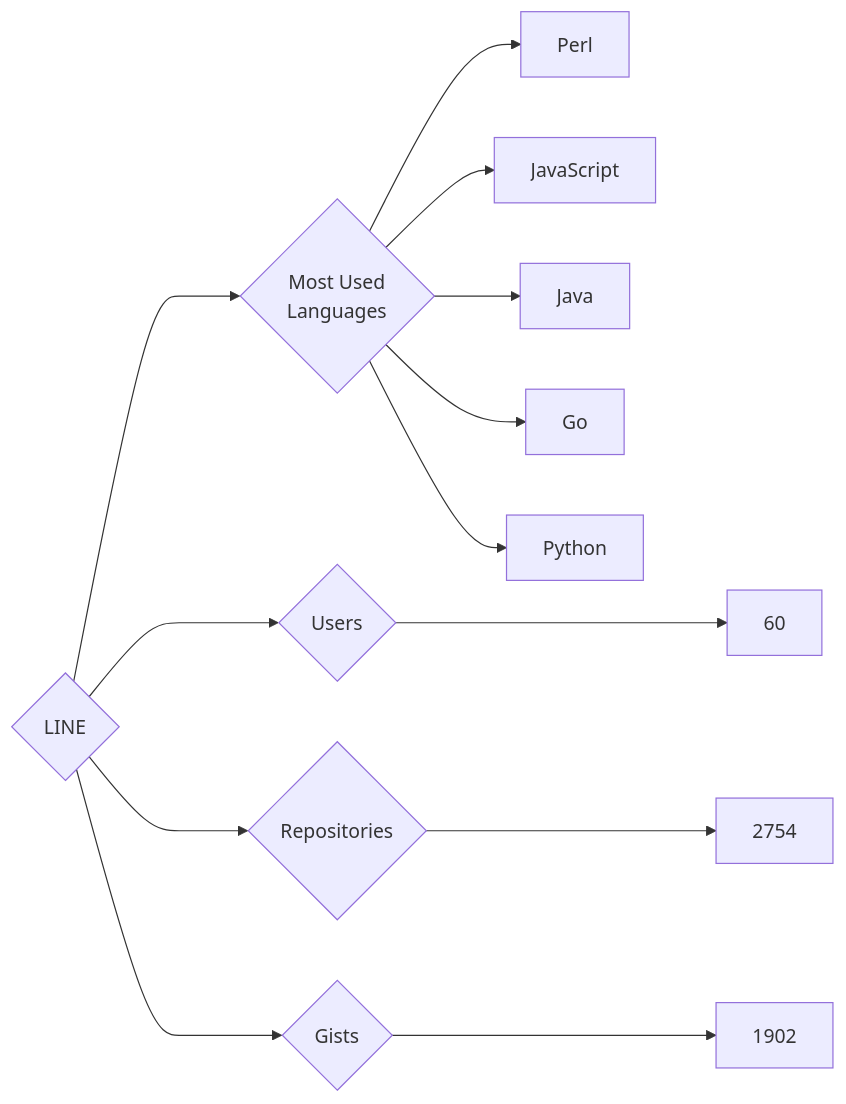
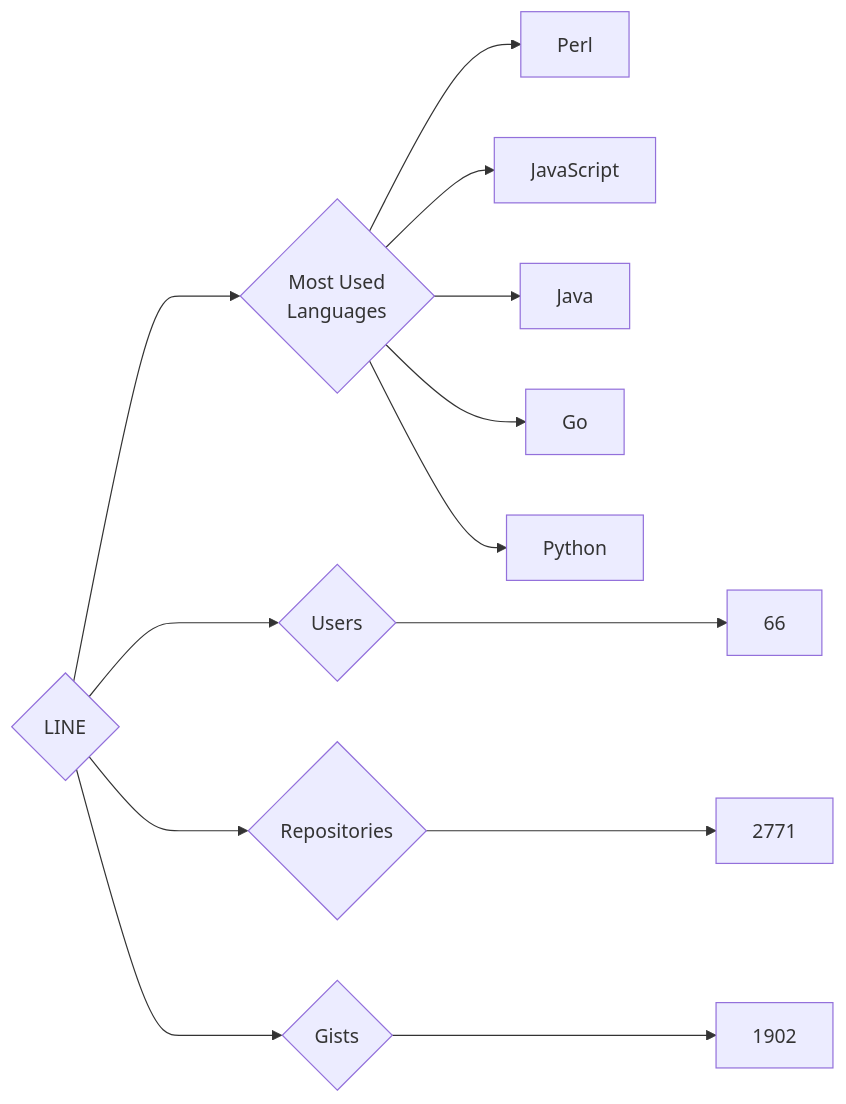
The diagram in targets/LINE/README.md (trickest/insiders), drawn with Mermaid before and after one commit. The commit also changed 874 other files, not shown here.

````diff
--- a/targets/LINE/README.md
+++ b/targets/LINE/README.md
@@ -3,13 +3,13 @@
 ```mermaid
 graph LR
 COMPANY_NAME{LINE}
-COMPANY_NAME ---> U{Users} ---> UN[60]
-COMPANY_NAME ---> R{Repositories} ---> RN[2754]
+COMPANY_NAME ---> U{Users} ---> UN[66]
+COMPANY_NAME ---> R{Repositories} ---> RN[2771]
 COMPANY_NAME ---> G{Gists} ---> GN[1902]
 COMPANY_NAME ---> ML{Most Used<br>Languages}
 ML --> Perl[Perl]
 ML --> JavaScript[JavaScript]
 ML --> Java[Java]
 ML --> Go[Go]
 ML --> Python[Python]
 ```
````
